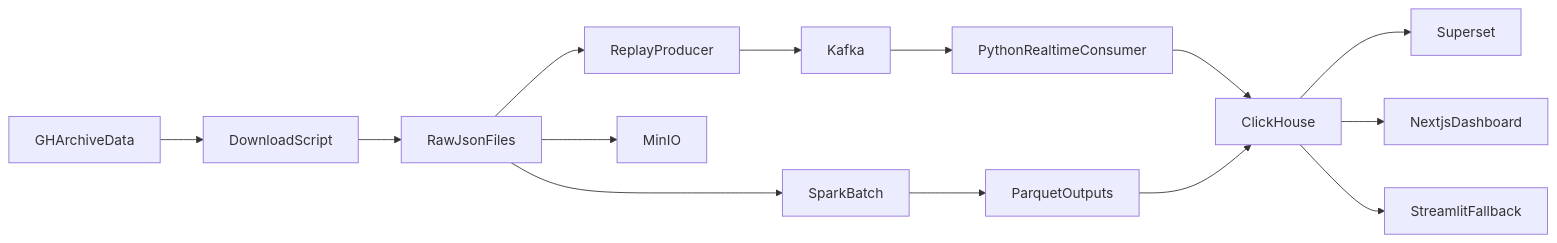
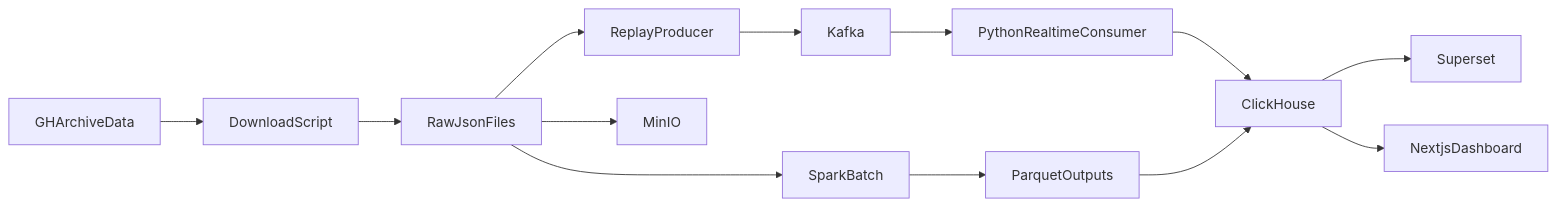
One commit to ProbablyYes/GitHub-Insight changed the diagram in docs/architecture.md. Above: the diagram before and after it, drawn with Mermaid. The commit also changed other lines of this file and 24 other files, not shown here.

````diff
--- a/docs/architecture.md
+++ b/docs/architecture.md
@@ -58,16 +57,15 @@
 ```mermaid
 flowchart LR
     ghArchive[GHArchiveData] --> downloader[DownloadScript]
     downloader --> rawJson[RawJsonFiles]
     rawJson --> replay[ReplayProducer]
     replay --> kafka[Kafka]
     kafka --> realtime[PythonRealtimeConsumer]
     rawJson --> spark[SparkBatch]
     rawJson --> minio[MinIO]
     realtime --> clickhouse[ClickHouse]
     spark --> parquet[ParquetOutputs]
     parquet --> clickhouse
     clickhouse --> superset[Superset]
     clickhouse --> nextjs[NextjsDashboard]
-    clickhouse --> streamlit[StreamlitFallback]
 ```
````
